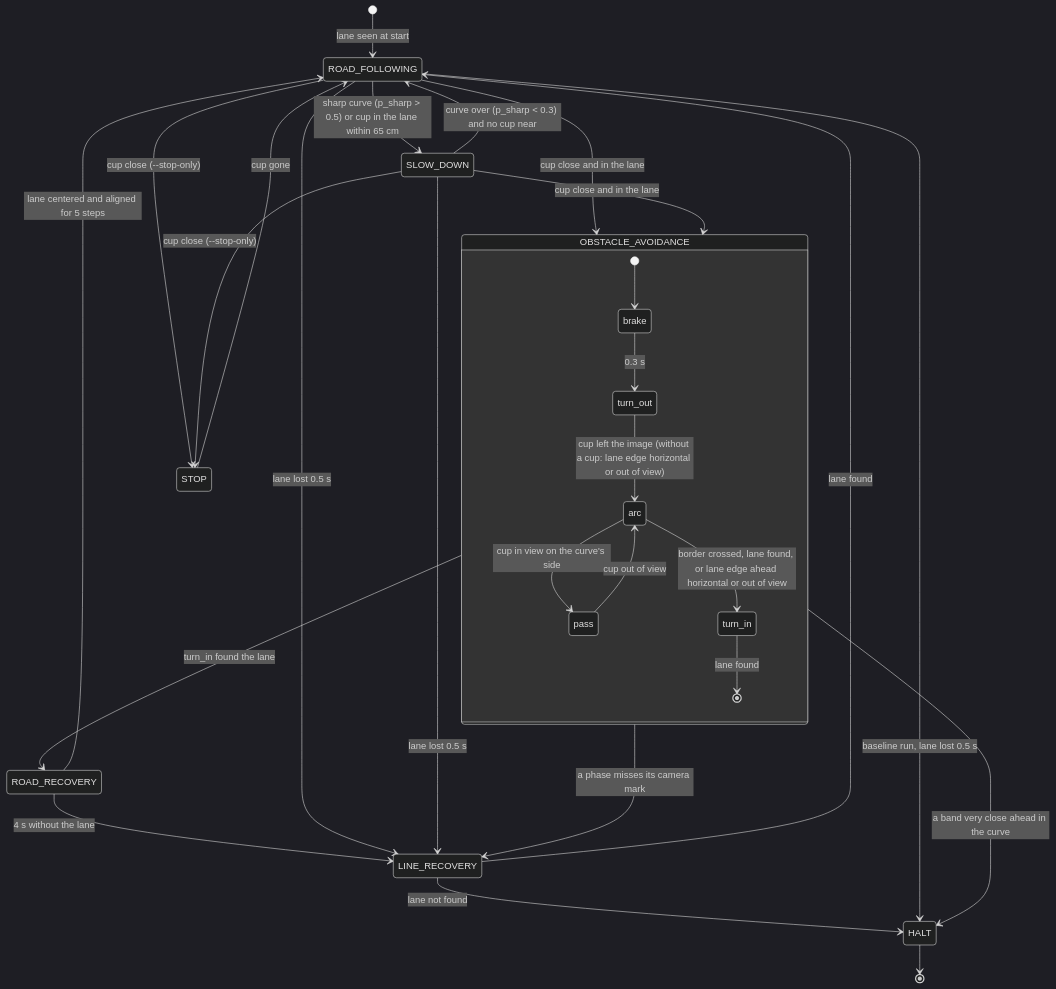
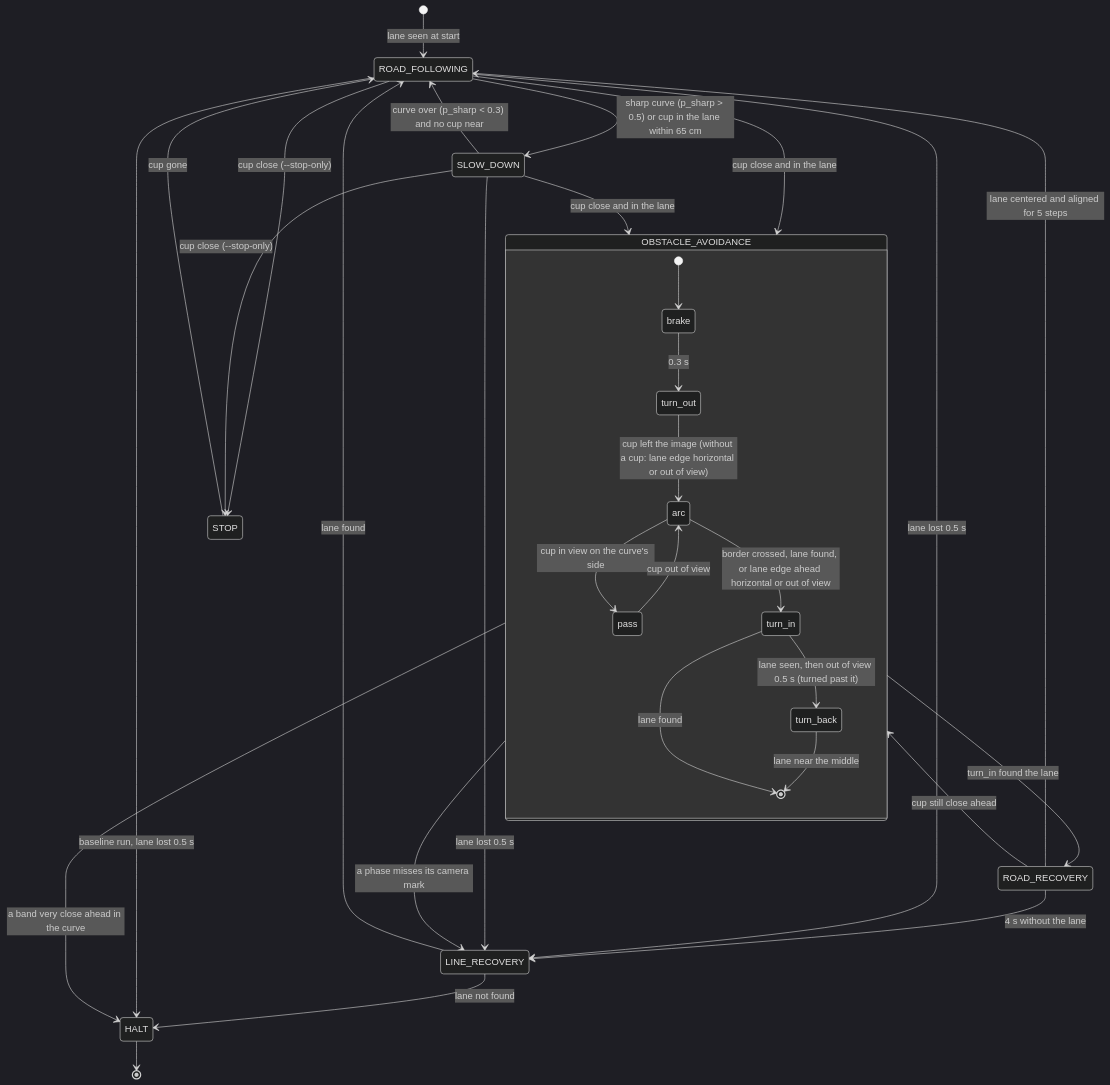
Before and after one commit to janniskrn/robotic-jetbot: the diagram in notebooks/mini_av/STATE_MACHINE.md, drawn with Mermaid (dark theme). The commit also changed other lines of this file and 6 other files, not shown here.

First line of the commit message:
Swerve fixes under test: direction from the first sharp curve (DIR1), turn back past the lane turns the other way (TURN1), new swerve for a cup in ROAD_RECOVERY (RECOV2)

````diff
--- a/notebooks/mini_av/STATE_MACHINE.md
+++ b/notebooks/mini_av/STATE_MACHINE.md
@@ -34,31 +35,34 @@
 ```mermaid
 stateDiagram-v2
     [*] --> ROAD_FOLLOWING: lane seen at start
     ROAD_FOLLOWING --> SLOW_DOWN: sharp curve (p_sharp > 0.5) or cup in the lane within 65 cm
     SLOW_DOWN --> ROAD_FOLLOWING: curve over (p_sharp < 0.3) and no cup near
     ROAD_FOLLOWING --> OBSTACLE_AVOIDANCE: cup close and in the lane
     SLOW_DOWN --> OBSTACLE_AVOIDANCE: cup close and in the lane
     state OBSTACLE_AVOIDANCE {
         [*] --> brake
         brake --> turn_out: 0.3 s
         turn_out --> arc: cup left the image (without a cup: lane edge horizontal or out of view)
         arc --> pass: cup in view on the curve's side
         pass --> arc: cup out of view
         arc --> turn_in: border crossed, lane found, or lane edge ahead horizontal or out of view
         turn_in --> [*]: lane found
+        turn_in --> turn_back: lane seen, then out of view 0.5 s (turned past it)
+        turn_back --> [*]: lane near the middle
     }
     OBSTACLE_AVOIDANCE --> ROAD_RECOVERY: turn_in found the lane
     OBSTACLE_AVOIDANCE --> HALT: a band very close ahead in the curve
     ROAD_RECOVERY --> ROAD_FOLLOWING: lane centered and aligned for 5 steps
+    ROAD_RECOVERY --> OBSTACLE_AVOIDANCE: cup still close ahead
     ROAD_RECOVERY --> LINE_RECOVERY: 4 s without the lane
     ROAD_FOLLOWING --> LINE_RECOVERY: lane lost 0.5 s
     SLOW_DOWN --> LINE_RECOVERY: lane lost 0.5 s
     OBSTACLE_AVOIDANCE --> LINE_RECOVERY: a phase misses its camera mark
     LINE_RECOVERY --> ROAD_FOLLOWING: lane found
     LINE_RECOVERY --> HALT: lane not found
     ROAD_FOLLOWING --> STOP: cup close (--stop-only)
     SLOW_DOWN --> STOP: cup close (--stop-only)
     STOP --> ROAD_FOLLOWING: cup gone
     ROAD_FOLLOWING --> HALT: baseline run, lane lost 0.5 s
     HALT --> [*]
 ```
````
